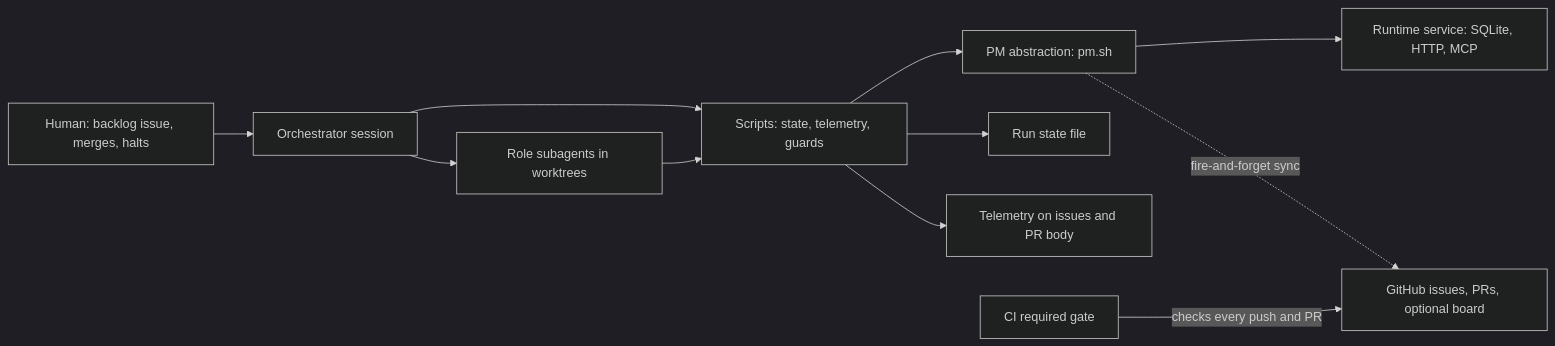
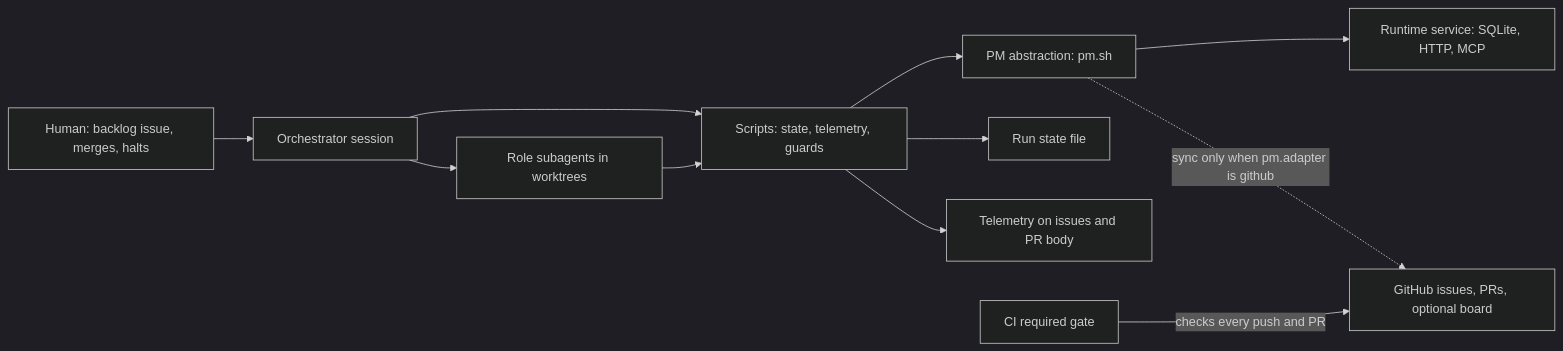
The diagram in docs/architecture.md (carlosboeing/agentic-sdlc-workflow), drawn with Mermaid (dark theme) before and after one commit. The commit also changed other lines of this file and 5 other files, not shown here.

````diff
--- a/docs/architecture.md
+++ b/docs/architecture.md
@@ -16,13 +16,13 @@
 ```mermaid
 flowchart LR
     U["Human: backlog issue, merges, halts"] --> O["Orchestrator session"]
     O --> A["Role subagents in worktrees"]
     O --> S["Scripts: state, telemetry, guards"]
     A --> S
     S --> PM["PM abstraction: pm.sh"]
     PM --> SV["Runtime service: SQLite, HTTP, MCP"]
-    PM -.->|"fire-and-forget sync"| GH["GitHub issues, PRs, optional board"]
+    PM -.->|"sync only when pm.adapter is github"| GH["GitHub issues, PRs, optional board"]
     S --> ST["Run state file"]
     S --> T["Telemetry on issues and PR body"]
     CI["CI required gate"] -->|"checks every push and PR"| GH
 ```
````
